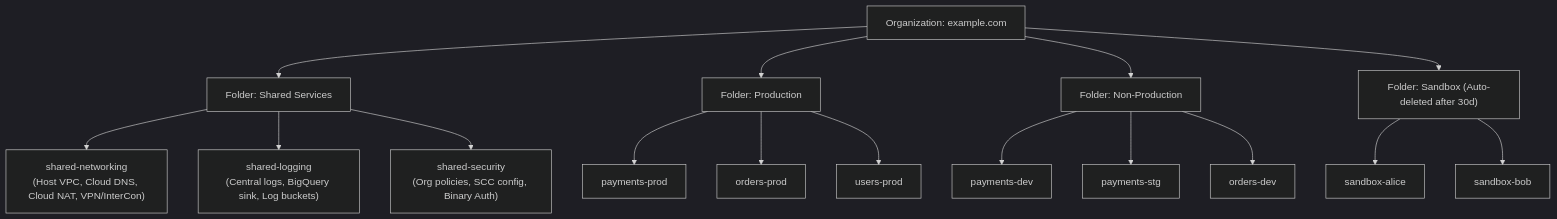
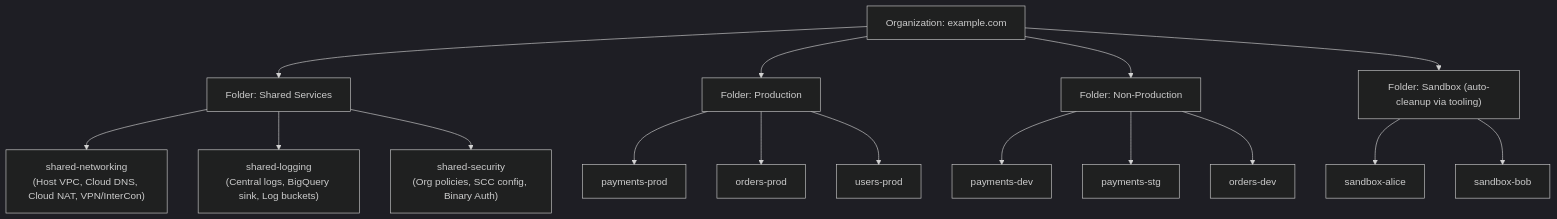
The second of 6 diagrams in src/content/docs/cloud/gcp-essentials/module-2.12-patterns.md (kube-dojo/kube-dojo), drawn with Mermaid (dark theme) before and after one commit. The commit also changed other lines of this file and 2 other files, not shown here.

````diff
--- a/src/content/docs/cloud/gcp-essentials/module-2.12-patterns.md
+++ b/src/content/docs/cloud/gcp-essentials/module-2.12-patterns.md
@@ -188,43 +185,43 @@
 ```mermaid
 flowchart TD
     Org["Organization: example.com"]
     
     FolderShared["Folder: Shared Services"]
     Net["shared-networking<br/>(Host VPC, Cloud DNS, Cloud NAT, VPN/InterCon)"]
     Log["shared-logging<br/>(Central logs, BigQuery sink, Log buckets)"]
     Sec["shared-security<br/>(Org policies, SCC config, Binary Auth)"]
     
     FolderProd["Folder: Production"]
     Prod1["payments-prod"]
     Prod2["orders-prod"]
     Prod3["users-prod"]
     
     FolderNonProd["Folder: Non-Production"]
     NP1["payments-dev"]
     NP2["payments-stg"]
     NP3["orders-dev"]
     
-    FolderSandbox["Folder: Sandbox (Auto-deleted after 30d)"]
+    FolderSandbox["Folder: Sandbox (auto-cleanup via tooling)"]
     SB1["sandbox-alice"]
     SB2["sandbox-bob"]
 
     Org --> FolderShared
     Org --> FolderProd
     Org --> FolderNonProd
     Org --> FolderSandbox
     
     FolderShared --> Net
     FolderShared --> Log
     FolderShared --> Sec
     
     FolderProd --> Prod1
     FolderProd --> Prod2
     FolderProd --> Prod3
     
     FolderNonProd --> NP1
     FolderNonProd --> NP2
     FolderNonProd --> NP3
     
     FolderSandbox --> SB1
     FolderSandbox --> SB2
 ```
````
